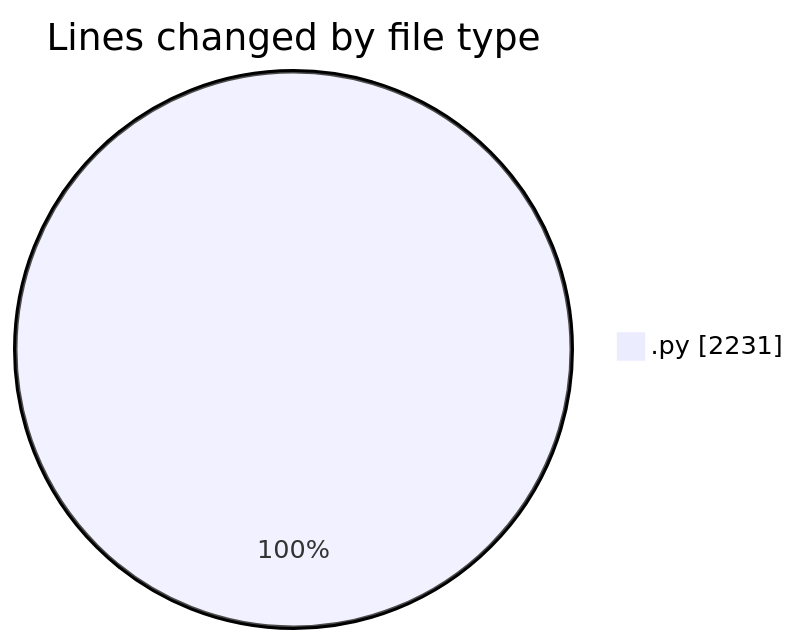
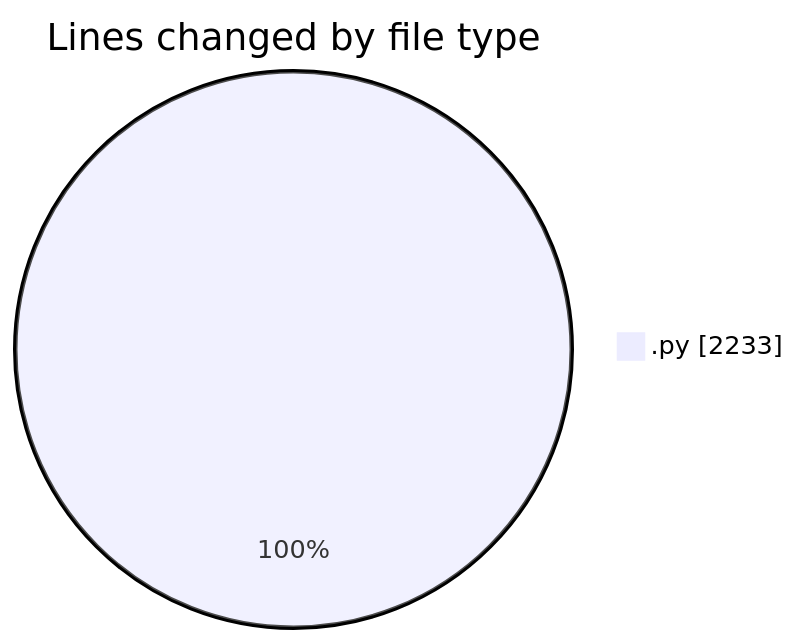
The first of 2 diagrams in 2025-04-19/myws__workspace_/README.md (MatusMokan/code-tracking), drawn with Mermaid before and after one commit. The commit also changed other lines of this file and 1 other file, not shown here.

````diff
--- a/2025-04-19/myws__workspace_/README.md
+++ b/2025-04-19/myws__workspace_/README.md
@@ -24,5 +24,5 @@
 ```mermaid
 pie showData
 title Lines changed by file type
-".py" : 2231
+".py" : 2233
 ```
````
